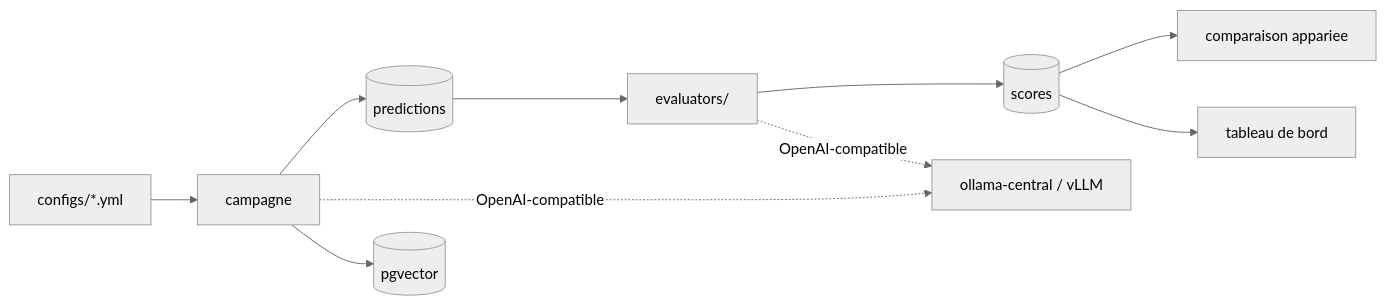
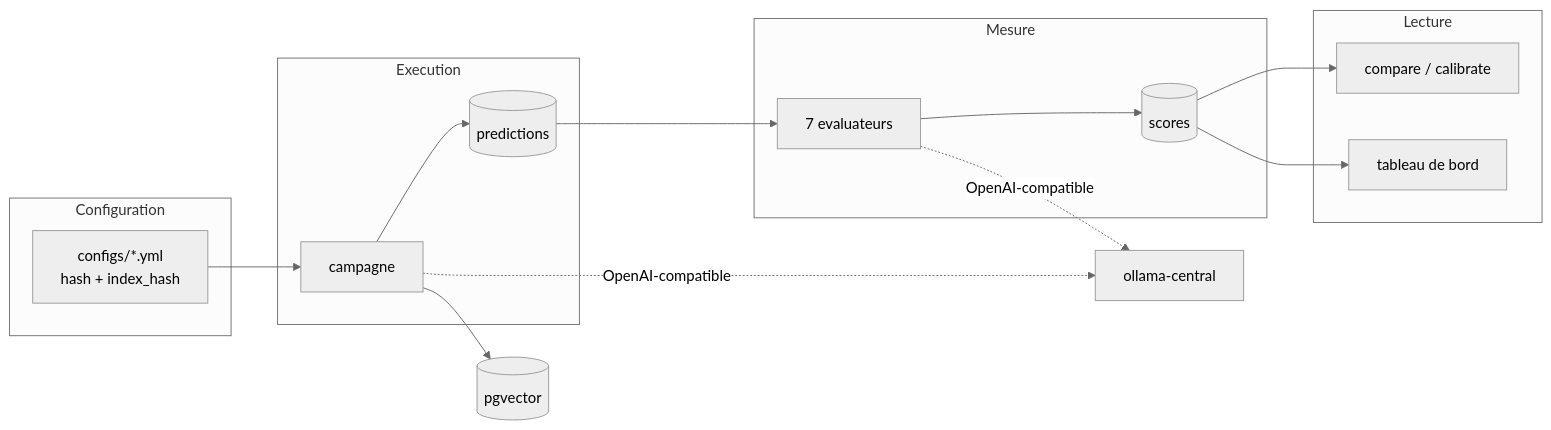
One commit to floSa/RAG-Eval-Bench changed the diagram in README.md. Above: the diagram before and after it, drawn with Mermaid (neutral theme). The commit also changed other lines of this file and 4 other files, not shown here.

````diff
--- a/README.md
+++ b/README.md
@@ -39,12 +66,20 @@
 ```mermaid
 flowchart LR
-  cfg[configs/*.yml] --> run[campagne]
-  run --> pred[(predictions)]
-  pred --> ev[evaluators/]
-  ev --> sc[(scores)]
-  sc --> cmp[comparaison appariee]
-  sc --> ui[tableau de bord]
-  run -.->|OpenAI-compatible| llm[ollama-central / vLLM]
-  ev  -.->|OpenAI-compatible| llm
+  subgraph Configuration
+    cfg[configs/*.yml<br/>hash + index_hash]
+  end
+  subgraph Execution
+    run[campagne] --> preds[(predictions)]
+  end
+  subgraph Mesure
+    preds --> ev[7 evaluateurs] --> sc[(scores)]
+  end
+  subgraph Lecture
+    sc --> cmp[compare / calibrate]
+    sc --> dash[tableau de bord]
+  end
+  cfg --> run
   run --> pg[(pgvector)]
+  run -.->|OpenAI-compatible| llm[ollama-central]
+  ev -.->|OpenAI-compatible| llm
 ```
````
